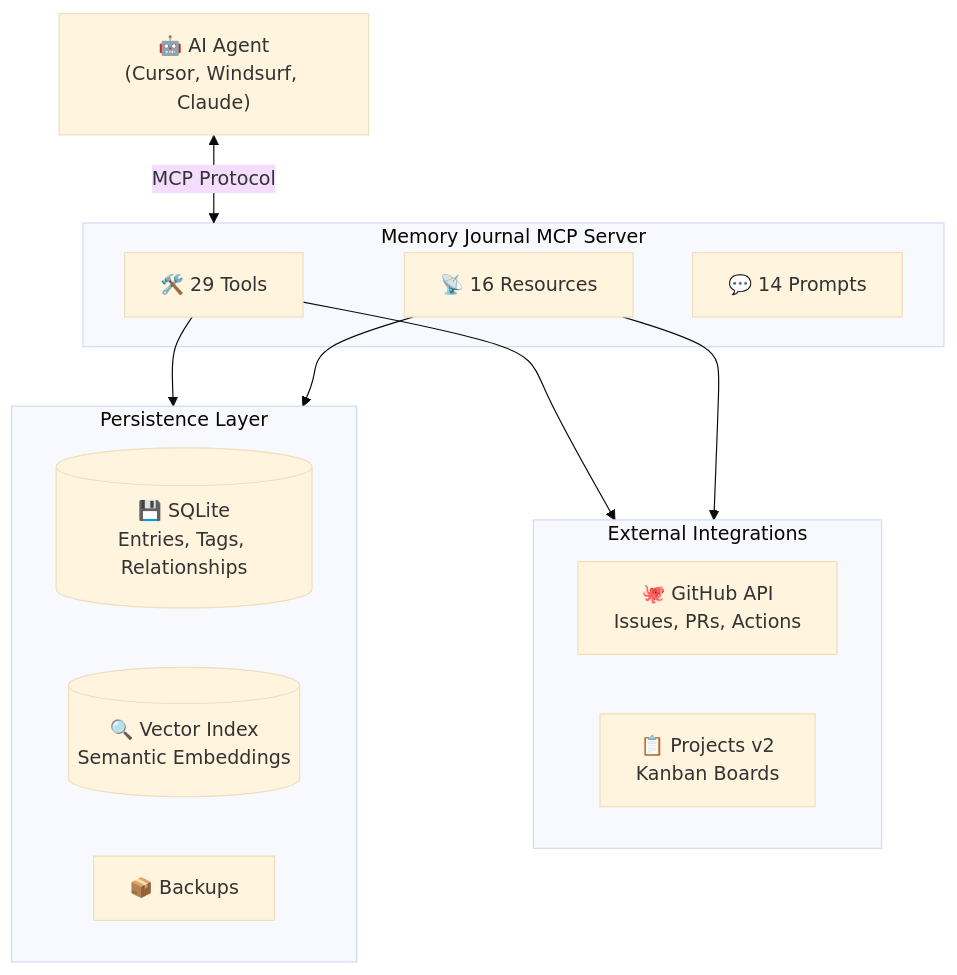
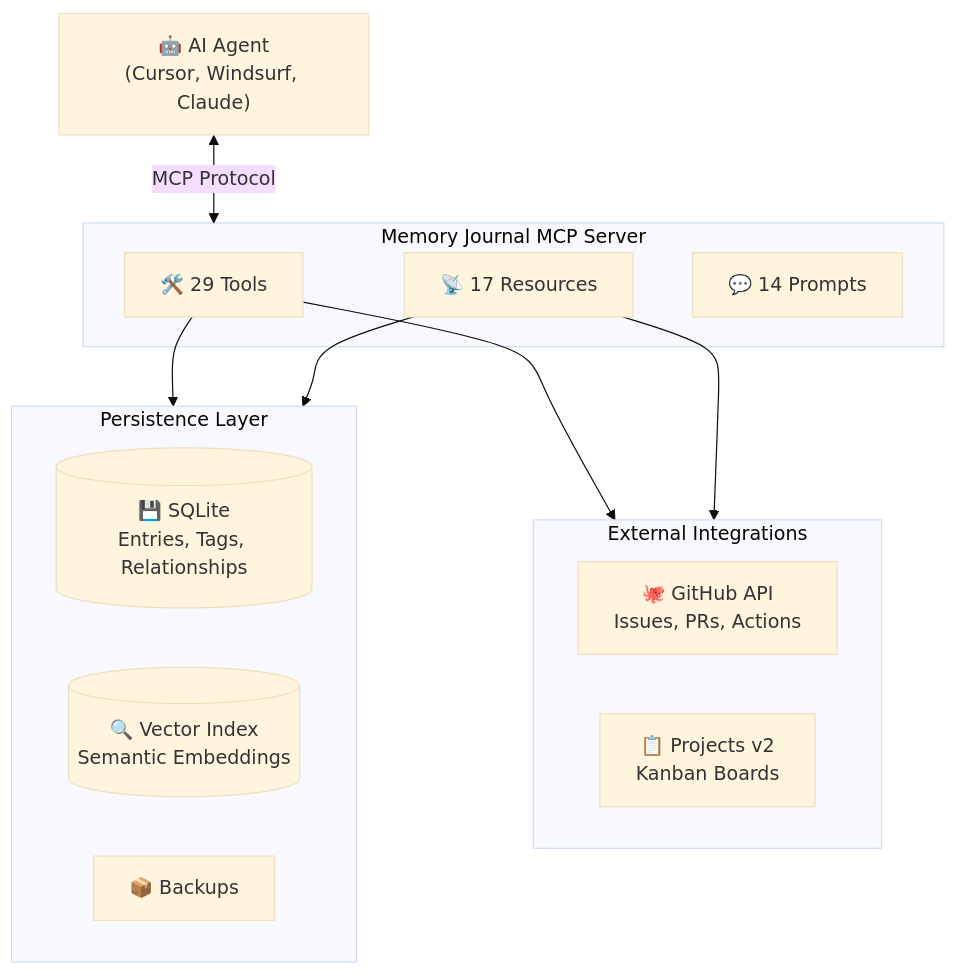
Before and after one commit to neverinfamous/memory-journal-mcp: the second of 2 diagrams in README.md, drawn with Mermaid (base theme). The commit also changed other lines of this file and 6 other files, not shown here.

````diff
--- a/README.md
+++ b/README.md
@@ -323,27 +326,27 @@
 ```mermaid
 flowchart TB
     AI["🤖 AI Agent<br/>(Cursor, Windsurf, Claude)"]
     
     subgraph MCP["Memory Journal MCP Server"]
         Tools["🛠️ 29 Tools"]
-        Resources["📡 16 Resources"]
+        Resources["📡 17 Resources"]
         Prompts["💬 14 Prompts"]
     end
     
     subgraph Storage["Persistence Layer"]
         SQLite[("💾 SQLite<br/>Entries, Tags, Relationships")]
         Vector[("🔍 Vector Index<br/>Semantic Embeddings")]
         Backups["📦 Backups"]
     end
     
     subgraph External["External Integrations"]
         GitHub["🐙 GitHub API<br/>Issues, PRs, Actions"]
         Kanban["📋 Projects v2<br/>Kanban Boards"]
     end
     
     AI <-->|"MCP Protocol"| MCP
     Tools --> Storage
     Tools --> External
     Resources --> Storage
     Resources --> External
 ```
````
